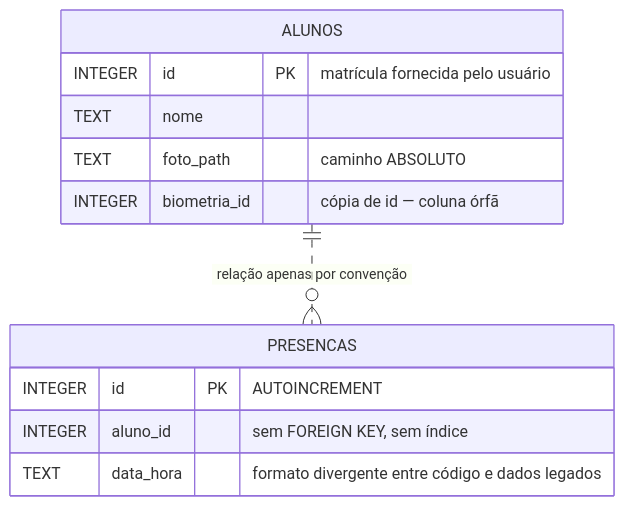
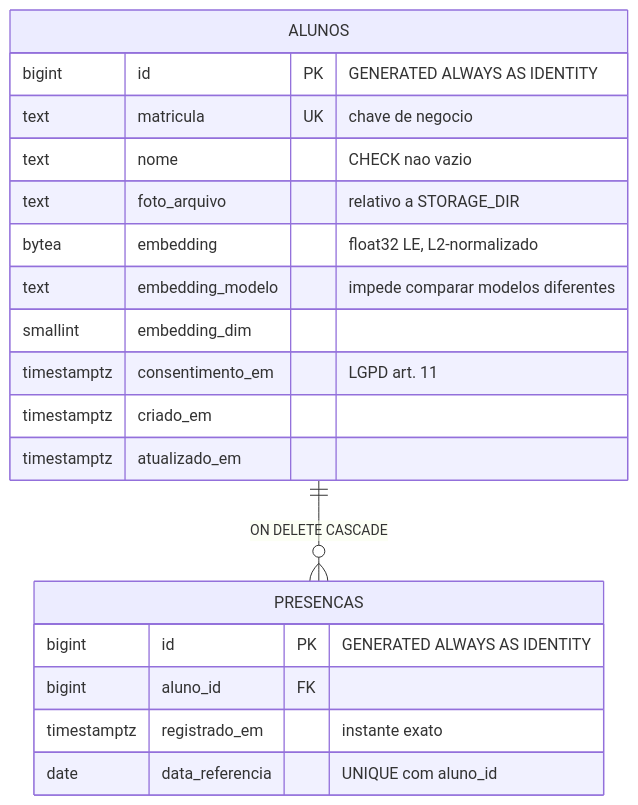
Before and after one commit to mateusvcsmoura/projeto_reconhecimento_facial: the third of 4 diagrams in ARCHITECTURE.md, drawn with Mermaid. The commit also changed other lines of this file, not shown here.

````diff
--- a/ARCHITECTURE.md
+++ b/ARCHITECTURE.md
@@ -950,15 +183,24 @@
 ```mermaid
 erDiagram
+    ALUNOS ||--o{ PRESENCAS : "ON DELETE CASCADE"
+
     ALUNOS {
-        INTEGER id PK "matrícula fornecida pelo usuário"
-        TEXT nome
-        TEXT foto_path "caminho ABSOLUTO"
-        INTEGER biometria_id "cópia de id — coluna órfã"
+        bigint id PK "GENERATED ALWAYS AS IDENTITY"
+        text matricula UK "chave de negocio"
+        text nome "CHECK nao vazio"
+        text foto_arquivo "relativo a STORAGE_DIR"
+        bytea embedding "float32 LE, L2-normalizado"
+        text embedding_modelo "impede comparar modelos diferentes"
+        smallint embedding_dim
+        timestamptz consentimento_em "LGPD art. 11"
+        timestamptz criado_em
+        timestamptz atualizado_em
     }
+
     PRESENCAS {
-        INTEGER id PK "AUTOINCREMENT"
-        INTEGER aluno_id "sem FOREIGN KEY, sem índice"
-        TEXT data_hora "formato divergente entre código e dados legados"
+        bigint id PK "GENERATED ALWAYS AS IDENTITY"
+        bigint aluno_id FK
+        timestamptz registrado_em "instante exato"
+        date data_referencia "UNIQUE com aluno_id"
     }
-    ALUNOS ||..o{ PRESENCAS : "relação apenas por convenção"
 ```
````
